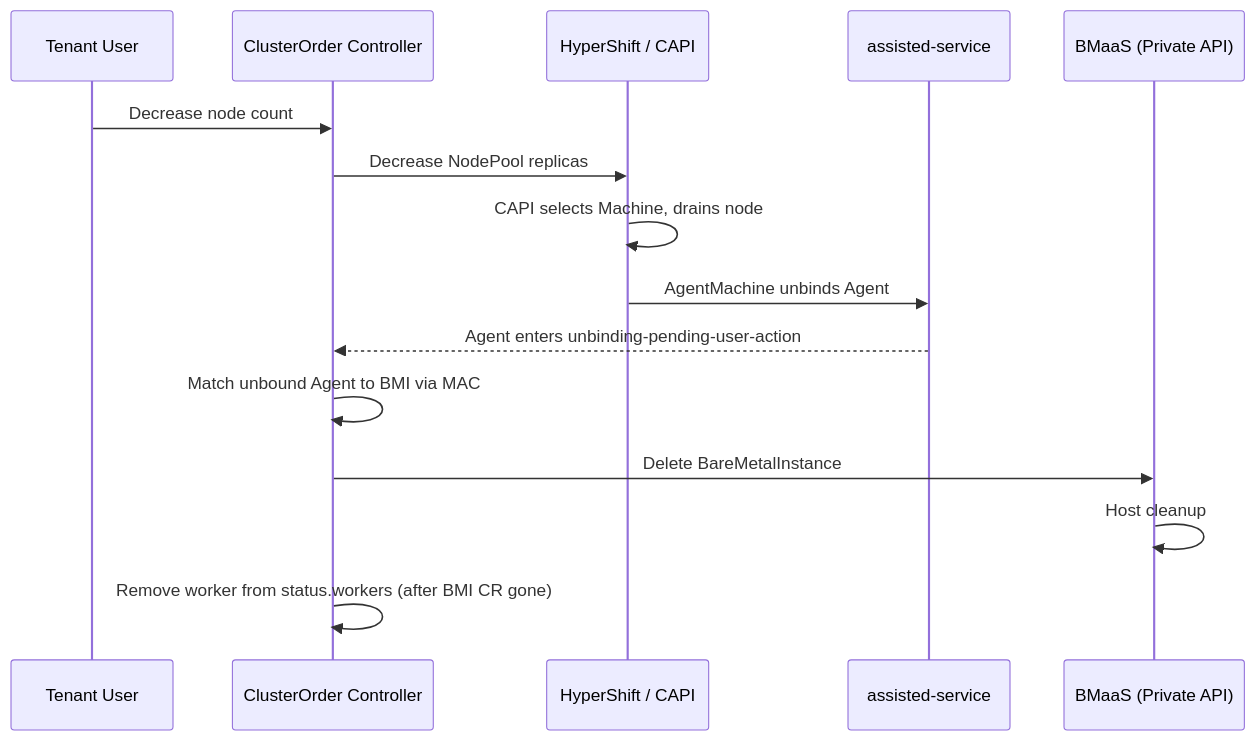
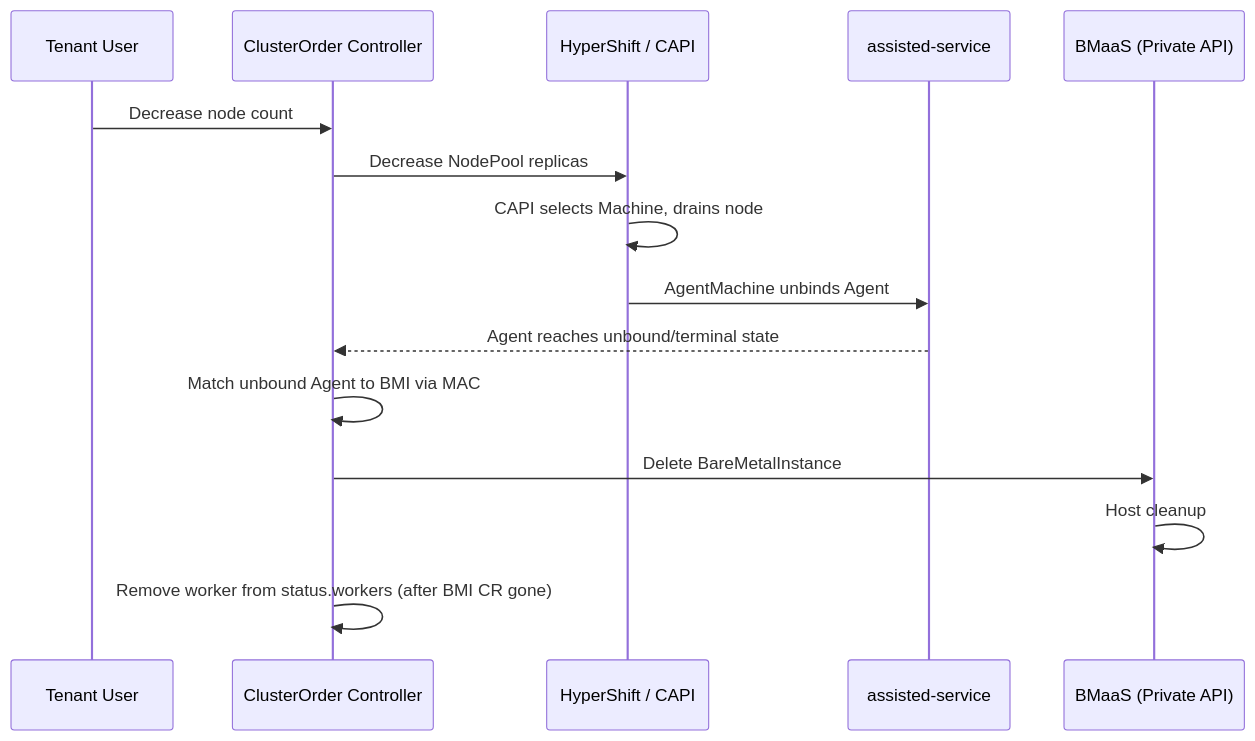
Before and after one commit to osac-project/enhancement-proposals: the second of 2 diagrams in enhancements/OSAC-2135-caas-bare-metal-worker-provisioning/design.md, drawn with Mermaid. The commit also changed other lines of this file, not shown here.

````diff
--- a/enhancements/OSAC-2135-caas-bare-metal-worker-provisioning/design.md
+++ b/enhancements/OSAC-2135-caas-bare-metal-worker-provisioning/design.md
@@ -140,20 +140,20 @@
 ```mermaid
 sequenceDiagram
     participant T as Tenant User
     participant CO as ClusterOrder Controller
     participant HCP as HyperShift / CAPI
     participant AS as assisted-service
     participant BMaaS as BMaaS (Private API)
 
     T->>CO: Decrease node count
     CO->>HCP: Decrease NodePool replicas
 
     HCP->>HCP: CAPI selects Machine, drains node
     HCP->>AS: AgentMachine unbinds Agent
-    AS-->>CO: Agent enters unbinding-pending-user-action
+    AS-->>CO: Agent reaches unbound/terminal state
 
     CO->>CO: Match unbound Agent to BMI via MAC
     CO->>BMaaS: Delete BareMetalInstance
     BMaaS->>BMaaS: Host cleanup
     CO->>CO: Remove worker from status.workers (after BMI CR gone)
 ```
````
